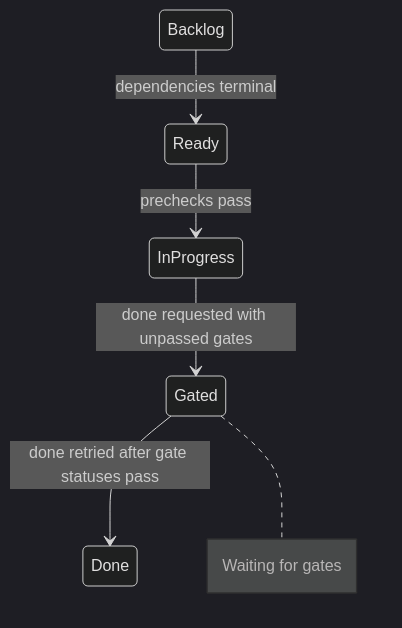
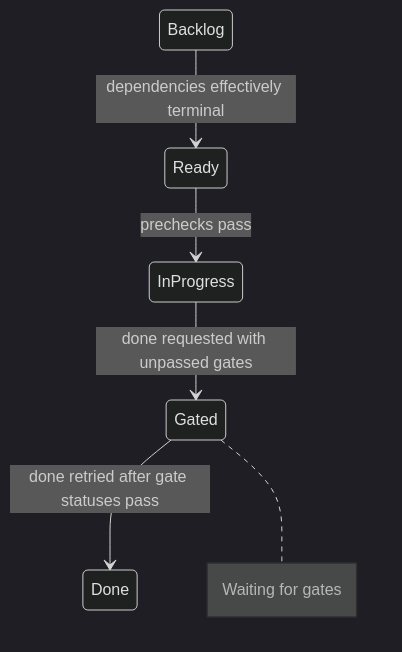
One commit to erankavija/just-in-time changed the sixth of 9 diagrams in docs/concepts/core-model.md. Above: the diagram before and after it, drawn with Mermaid (dark theme). The commit also changed other lines of this file and 5 other files, not shown here.

Commit message:
docs: close the literal-terminality family — effectively-terminal phrasing across README, reference, how-to, concepts (jit:45a140ae)

````diff
--- a/docs/concepts/core-model.md
+++ b/docs/concepts/core-model.md
@@ -680,10 +680,10 @@
 ```mermaid
 stateDiagram-v2
-    Backlog --> Ready: dependencies terminal
+    Backlog --> Ready: dependencies effectively terminal
     Ready --> InProgress: prechecks pass
     InProgress --> Gated: done requested with unpassed gates
     Gated --> Done: done retried after gate statuses pass
     note right of Gated
         Waiting for gates
     end note
 ```
````
